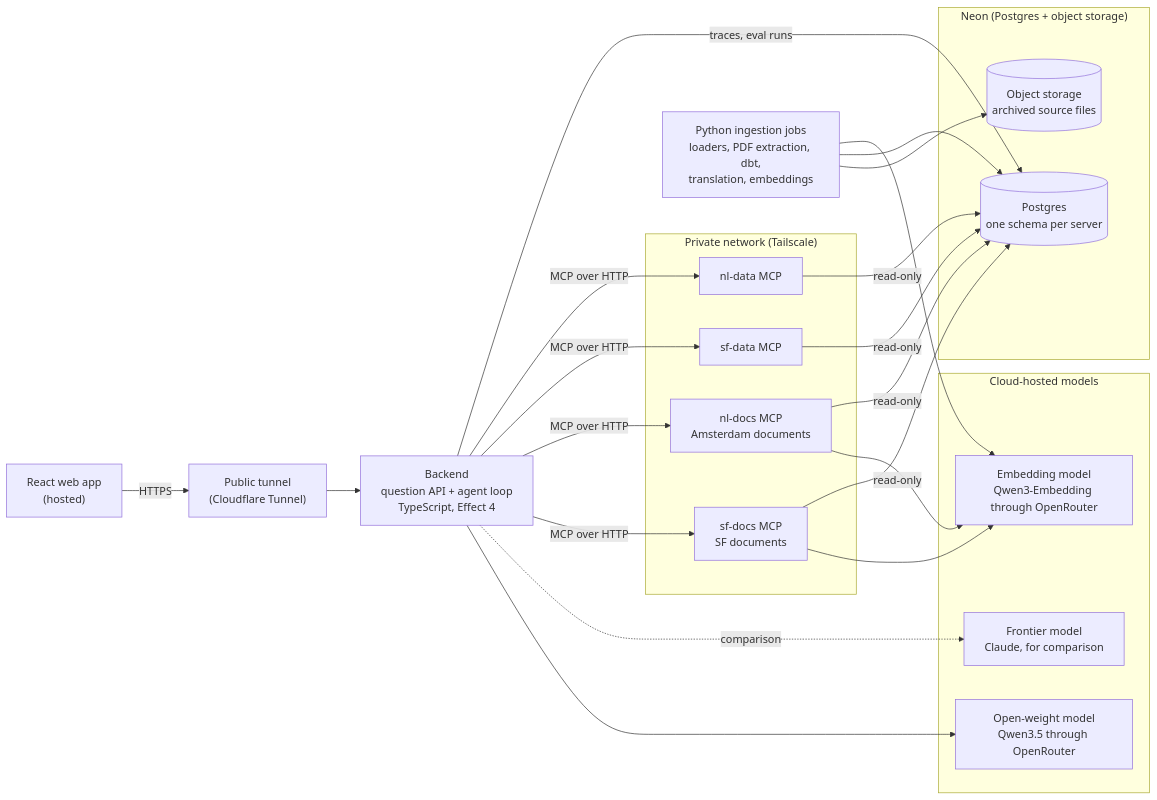
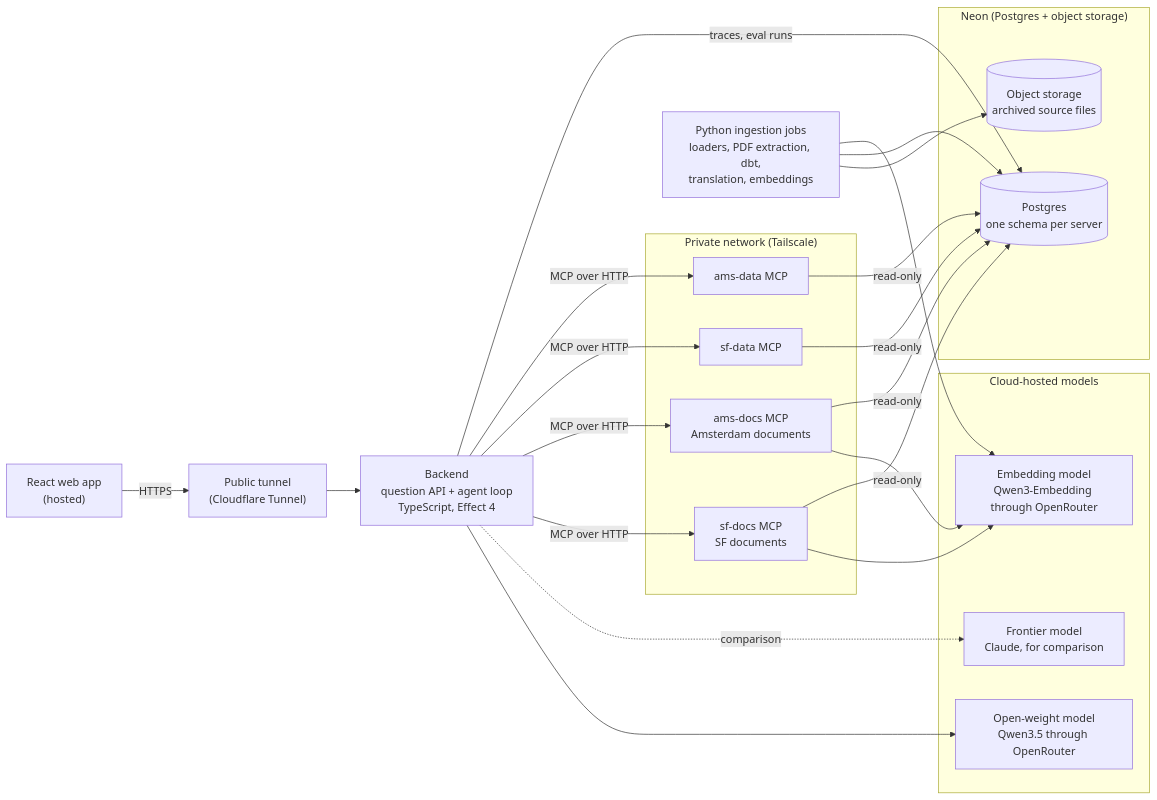
One commit to mollyegibson/policy-huis changed the diagram in README.md. Above: the diagram before and after it, drawn with Mermaid. The commit also changed other lines of this file and 109 other files, not shown here.

First line of the commit message:
scaffold the amsterdam ingest and mcp server nodes

````diff
--- a/README.md
+++ b/README.md
@@ -23,38 +23,38 @@
 ```mermaid
 flowchart LR
     web["React web app<br/>(hosted)"]
     tunnel["Public tunnel<br/>(Cloudflare Tunnel)"]
 
     agent["Backend<br/>question API + agent loop<br/>TypeScript, Effect 4"]
 
     subgraph models["Cloud-hosted models"]
         llm["Open-weight model<br/>Qwen3.5 through OpenRouter"]
         cloud["Frontier model<br/>Claude, for comparison"]
         emb["Embedding model<br/>Qwen3-Embedding through OpenRouter"]
     end
 
     subgraph mesh["Private network (Tailscale)"]
         lt_sf["sf-docs MCP<br/>SF documents"]
-        lt_ams["nl-docs MCP<br/>Amsterdam documents"]
+        lt_ams["ams-docs MCP<br/>Amsterdam documents"]
         d_sf["sf-data MCP"]
-        d_ams["nl-data MCP"]
+        d_ams["ams-data MCP"]
     end
 
     subgraph neon["Neon (Postgres + object storage)"]
         pg[("Postgres<br/>one schema per server")]
         obj[("Object storage<br/>archived source files")]
     end
 
     pipe["Python ingestion jobs<br/>loaders, PDF extraction, dbt,<br/>translation, embeddings"]
 
     web -- HTTPS --> tunnel --> agent
     agent --> llm
     agent -. comparison .-> cloud
     agent -- MCP over HTTP --> lt_sf & lt_ams & d_sf & d_ams
     lt_sf & lt_ams --> emb
     lt_sf & lt_ams & d_sf & d_ams -- read-only --> pg
     pipe --> obj
     pipe --> pg
     pipe --> emb
     agent -- traces, eval runs --> pg
 ```
````
